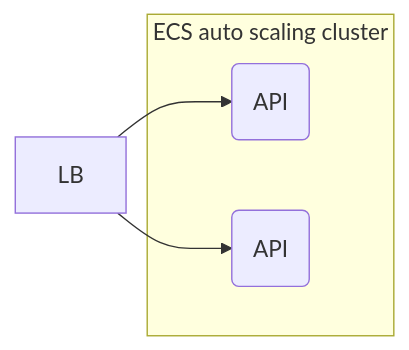
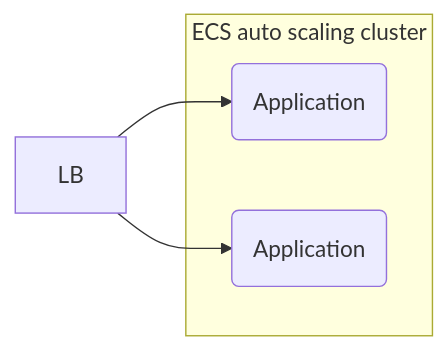
One commit to pavradev/data-analytics-app-architecture-aws changed the first of 7 diagrams in README.md. Above: the diagram before and after it, drawn with Mermaid. The commit also changed other lines of this file, not shown here.

````diff
--- a/README.md
+++ b/README.md
@@ -13,8 +13,8 @@
 ```mermaid
 flowchart LR
-lb[LB] --> api1(API) & api2(API)
+lb[LB] --> app1(Application) & app2(Application)
 subgraph c1 [ECS auto scaling cluster]
-    api1
-    api2
+    app1
+    app2
 end
 ```
````
